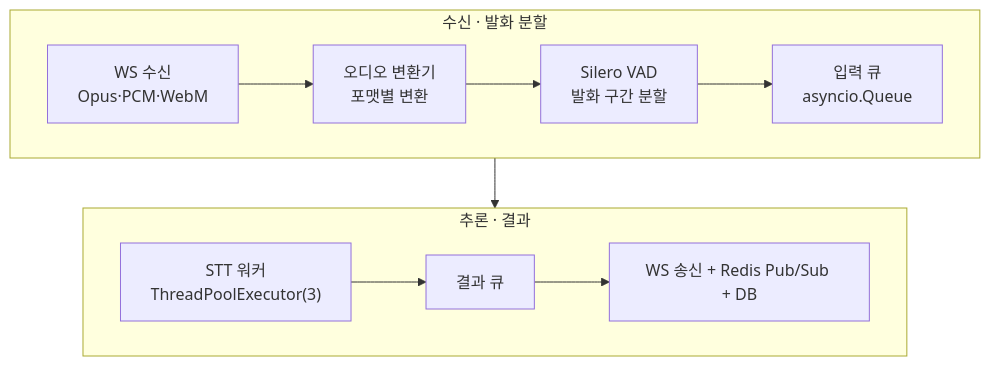
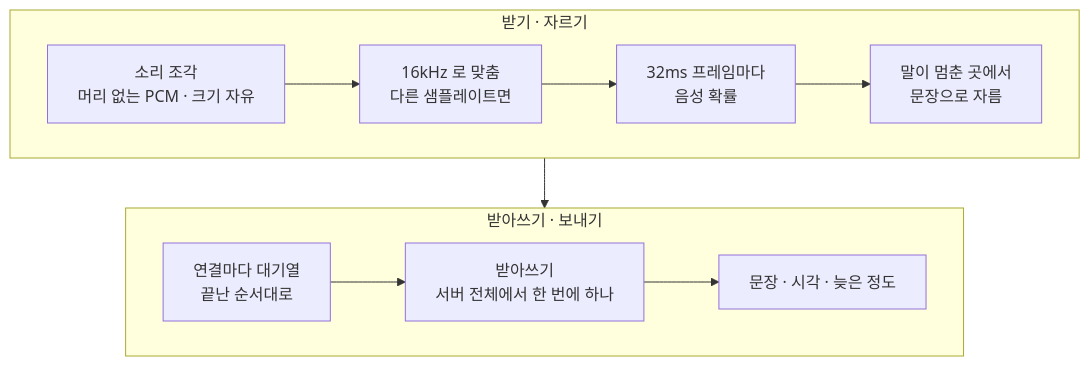
The diagram in src/content/features/stt/realtime-stt/diagram-1.mmd (06171002/06171002.github.io), drawn with Mermaid before and after one commit. The commit also changed 72 other files, not shown here.

First line of the commit message:
feat: STT 프로젝트를 사내 받아쓰기·요약 서비스 기준으로 — 카드 4장

```diff
--- a/src/content/features/stt/realtime-stt/diagram-1.mmd
+++ b/src/content/features/stt/realtime-stt/diagram-1.mmd
@@ -1,10 +1,10 @@
 flowchart TB
-    subgraph rx["수신 · 발화 분할"]
+    subgraph rx["받기 · 자르기"]
         direction LR
-        ws["WS 수신<br/>Opus·PCM·WebM"] --> cv["오디오 변환기<br/>포맷별 변환"] --> vad["Silero VAD<br/>발화 구간 분할"] --> iq["입력 큐<br/>asyncio.Queue"]
+        pcm["소리 조각<br/>머리 없는 PCM · 크기 자유"] --> rs["16kHz 로 맞춤<br/>다른 샘플레이트면"] --> vad["32ms 프레임마다<br/>음성 확률"] --> seg["말이 멈춘 곳에서<br/>문장으로 자름"]
     end
-    subgraph tx["추론 · 결과"]
+    subgraph tx["받아쓰기 · 보내기"]
         direction LR
-        w["STT 워커<br/>ThreadPoolExecutor(3)"] --> rq["결과 큐"] --> out["WS 송신 + Redis Pub/Sub + DB"]
+        q["연결마다 대기열<br/>끝난 순서대로"] --> w["받아쓰기<br/>서버 전체에서 한 번에 하나"] --> out["문장 · 시각 · 늦은 정도"]
     end
     rx --> tx
```
